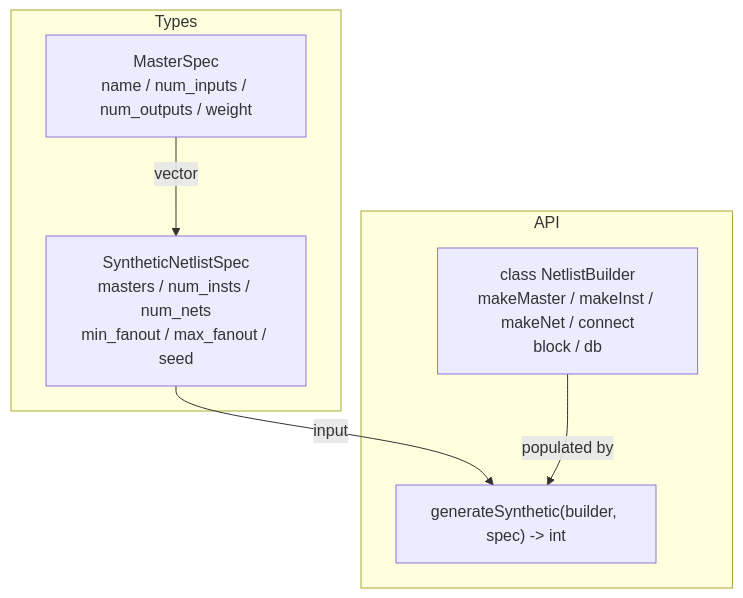
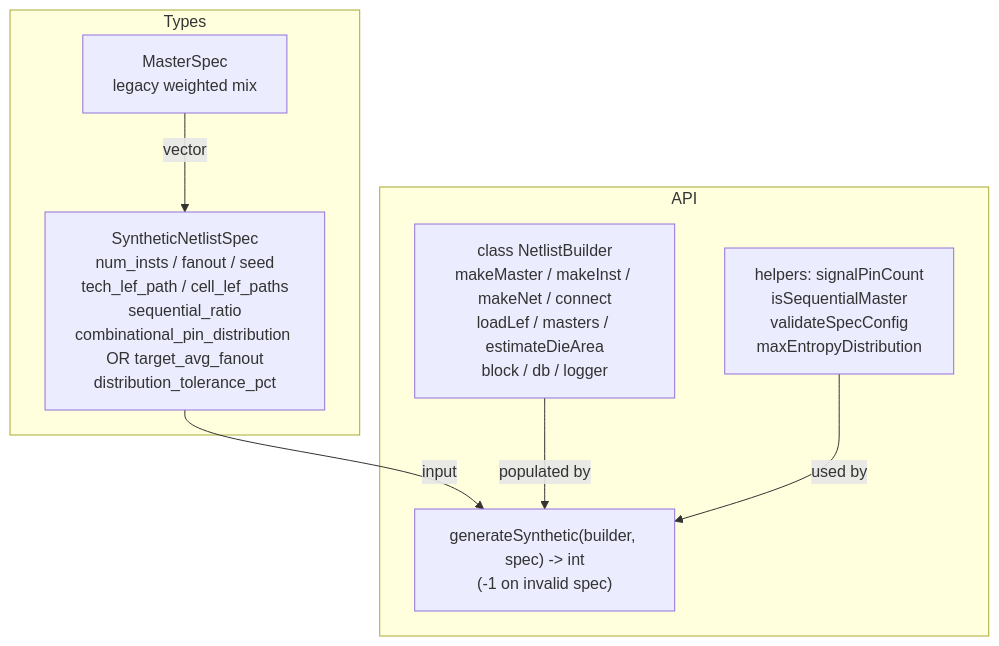
Before and after one commit to rfive88/eda-lab: the first of 7 diagrams in src/engines/netlistgen/FLOW.md, drawn with Mermaid. The commit also changed other lines of this file and 8 other files, not shown here.

````diff
--- a/src/engines/netlistgen/FLOW.md
+++ b/src/engines/netlistgen/FLOW.md
@@ -18,14 +19,16 @@
 ```mermaid
 graph TD
   subgraph Types
-    MS[MasterSpec<br/>name / num_inputs / num_outputs / weight]
-    SP[SyntheticNetlistSpec<br/>masters / num_insts / num_nets<br/>min_fanout / max_fanout / seed]
+    MS[MasterSpec<br/>legacy weighted mix]
+    SP[SyntheticNetlistSpec<br/>num_insts / fanout / seed<br/>tech_lef_path / cell_lef_paths<br/>sequential_ratio<br/>combinational_pin_distribution OR target_avg_fanout<br/>distribution_tolerance_pct]
     MS -->|"vector<MasterSpec>"| SP
   end
   subgraph API
-    NB[class NetlistBuilder<br/>makeMaster / makeInst / makeNet / connect<br/>block / db]
-    GS["generateSynthetic(builder, spec) -> int"]
+    NB[class NetlistBuilder<br/>makeMaster / makeInst / makeNet / connect<br/>loadLef / masters / estimateDieArea<br/>block / db / logger]
+    GS["generateSynthetic(builder, spec) -> int<br/>(-1 on invalid spec)"]
+    H[helpers: signalPinCount<br/>isSequentialMaster<br/>validateSpecConfig<br/>maxEntropyDistribution]
   end
   SP -->|input| GS
-  NB -->|"populated by"| GS
+  NB -->|populated by| GS
+  H -->|used by| GS
 ```
````
